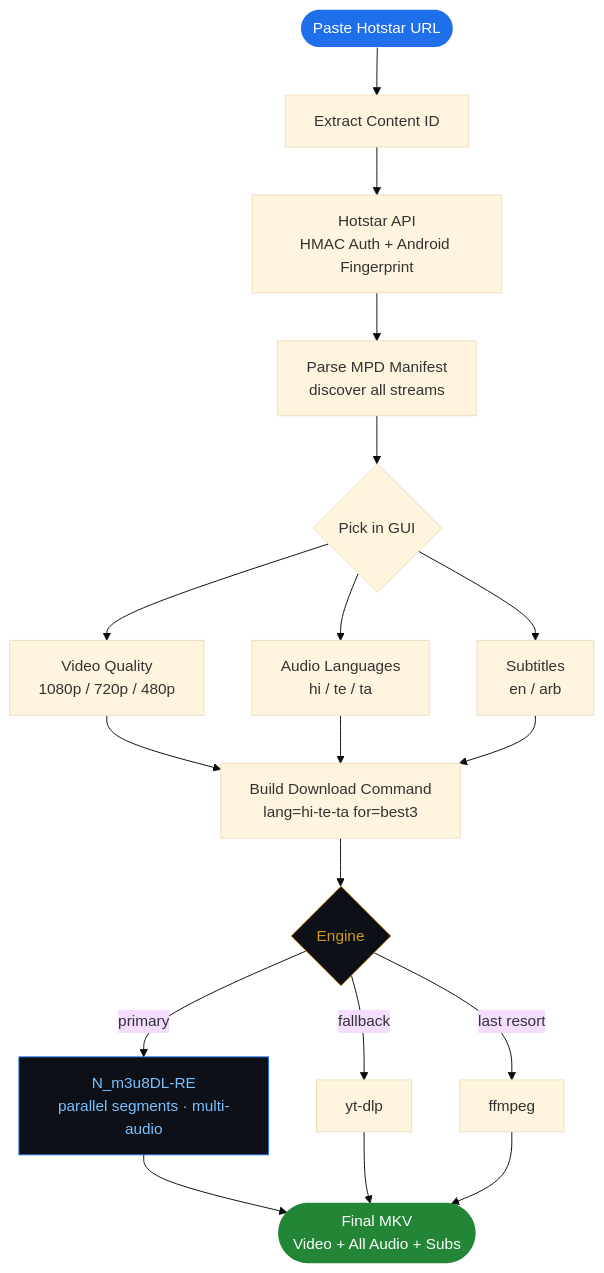
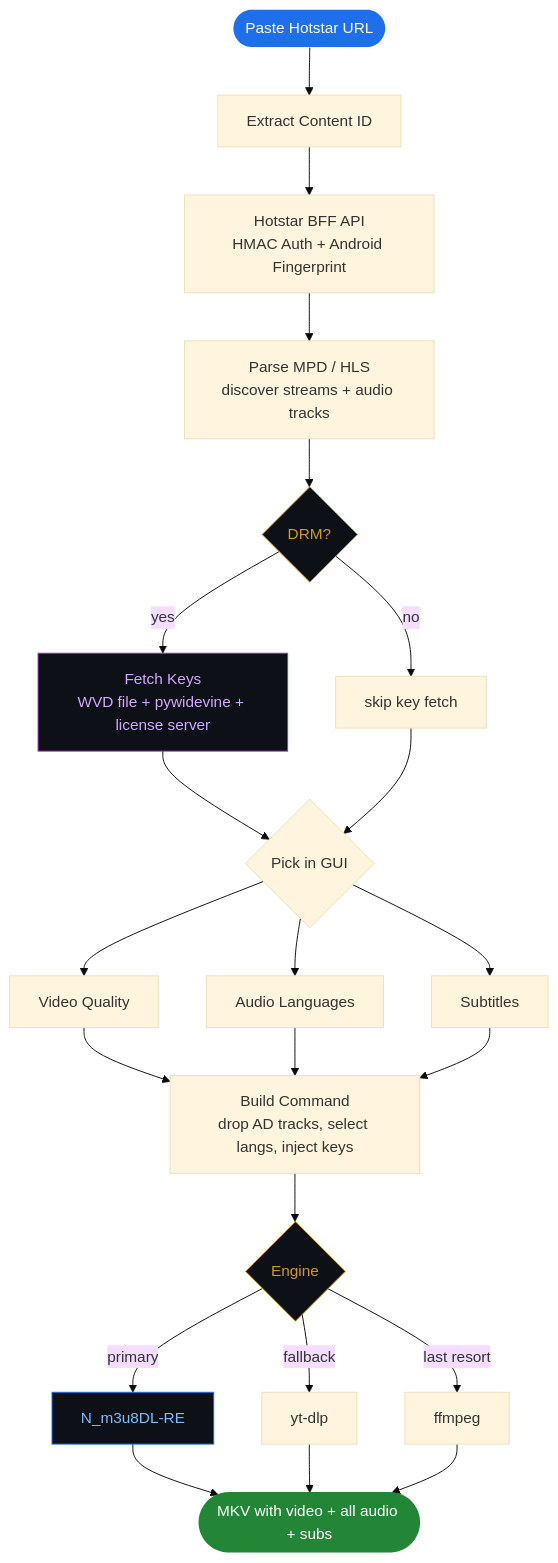
The diagram in README.md (arvind88765/hotstar-downloader), drawn with Mermaid (base theme) before and after one commit. The commit also changed other lines of this file, not shown here.

````diff
--- a/README.md
+++ b/README.md
@@ -53,25 +52,31 @@
 ```mermaid
 flowchart TD
     A([Paste Hotstar URL]) --> B[Extract Content ID]
-    B --> C["Hotstar API\nHMAC Auth + Android Fingerprint"]
-    C --> D["Parse MPD Manifest\ndiscover all streams"]
+    B --> C["Hotstar BFF API\nHMAC Auth + Android Fingerprint"]
+    C --> D["Parse MPD / HLS\ndiscover streams + audio tracks"]
 
-    D --> E{Pick in GUI}
-    E --> F["Video Quality\n1080p / 720p / 480p"]
-    E --> G["Audio Languages\nhi / te / ta"]
-    E --> H["Subtitles\nen / arb"]
+    D --> E{DRM?}
+    E -->|yes| F["Fetch Keys\nWVD file + pywidevine + license server"]
+    E -->|no| G[skip key fetch]
 
-    F & G & H --> I["Build Download Command\nlang=hi-te-ta for=best3"]
+    F & G --> H{Pick in GUI}
+    H --> I["Video Quality"]
+    H --> J["Audio Languages"]
+    H --> K["Subtitles"]
 
-    I --> J{Engine}
-    J -->|primary| K["N_m3u8DL-RE\nparallel segments · multi-audio"]
-    J -->|fallback| L[yt-dlp]
-    J -->|last resort| M[ffmpeg]
+    I & J & K --> L["Build Command\ndrop AD tracks, select langs, inject keys"]
 
-    K & L & M --> N([Final MKV\nVideo + All Audio + Subs])
+    L --> M{Engine}
+    M -->|primary| N["N_m3u8DL-RE"]
+    M -->|fallback| O[yt-dlp]
+    M -->|last resort| P[ffmpeg]
+
+    N & O & P --> Q([MKV with video + all audio + subs])
 
     style A fill:#1f6feb,color:#fff,stroke:none
-    style N fill:#238636,color:#fff,stroke:none
-    style K fill:#0d1117,stroke:#1f6feb,color:#79c0ff
-    style J fill:#0d1117,stroke:#d29922,color:#d29922
+    style Q fill:#238636,color:#fff,stroke:none
+    style N fill:#0d1117,stroke:#1f6feb,color:#79c0ff
+    style F fill:#0d1117,stroke:#9c36b5,color:#d2a8ff
+    style E fill:#0d1117,stroke:#d29922,color:#d29922
+    style M fill:#0d1117,stroke:#d29922,color:#d29922
 ```
````
